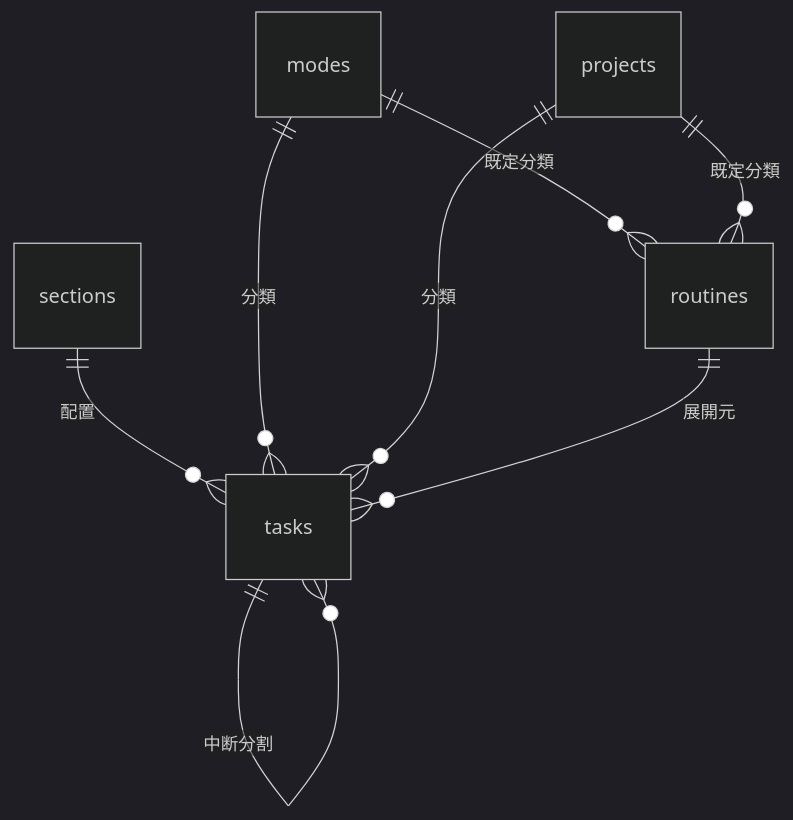
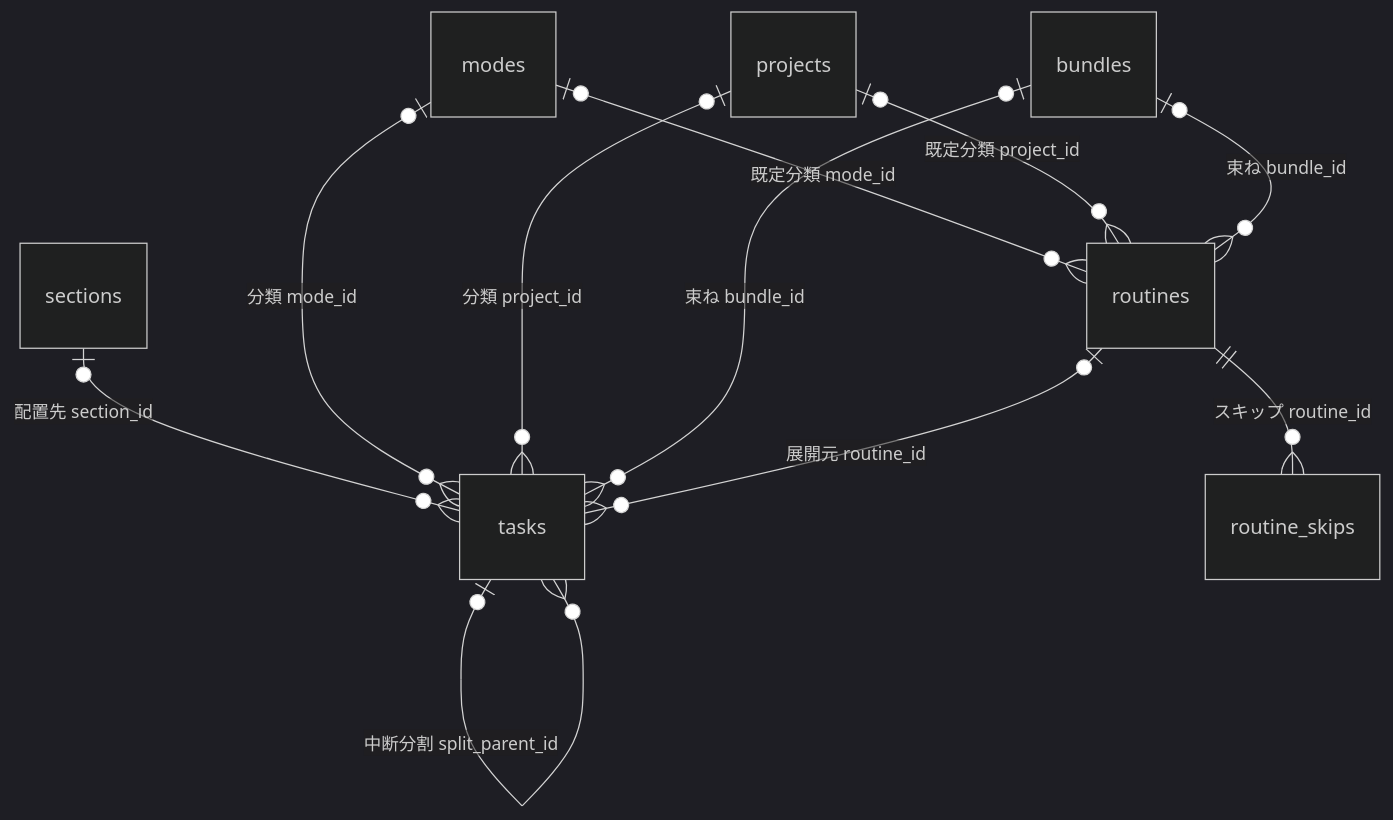
Before and after one commit to obaya884/hitosuji: the diagram in docs/仕様/14_データモデル定義書.md, drawn with Mermaid (dark theme). The commit also changed other lines of this file and 137 other files, not shown here.

````diff
--- a/docs/仕様/14_データモデル定義書.md
+++ b/docs/仕様/14_データモデル定義書.md
@@ -21,10 +21,15 @@
 ```mermaid
 erDiagram
-    sections ||--o{ tasks : "配置"
-    modes ||--o{ tasks : "分類"
-    projects ||--o{ tasks : "分類"
-    routines ||--o{ tasks : "展開元"
-    tasks ||--o{ tasks : "中断分割"
-    modes ||--o{ routines : "既定分類"
-    projects ||--o{ routines : "既定分類"
+    sections  |o--o{ tasks         : "配置先 section_id"
+    modes     |o--o{ tasks         : "分類 mode_id"
+    projects  |o--o{ tasks         : "分類 project_id"
+    bundles   |o--o{ tasks         : "束ね bundle_id"
+    routines  |o--o{ tasks         : "展開元 routine_id"
+    tasks     |o--o{ tasks         : "中断分割 split_parent_id"
+
+    modes     |o--o{ routines      : "既定分類 mode_id"
+    projects  |o--o{ routines      : "既定分類 project_id"
+    bundles   |o--o{ routines      : "束ね bundle_id"
+
+    routines  ||--o{ routine_skips : "スキップ routine_id"
 ```
````
